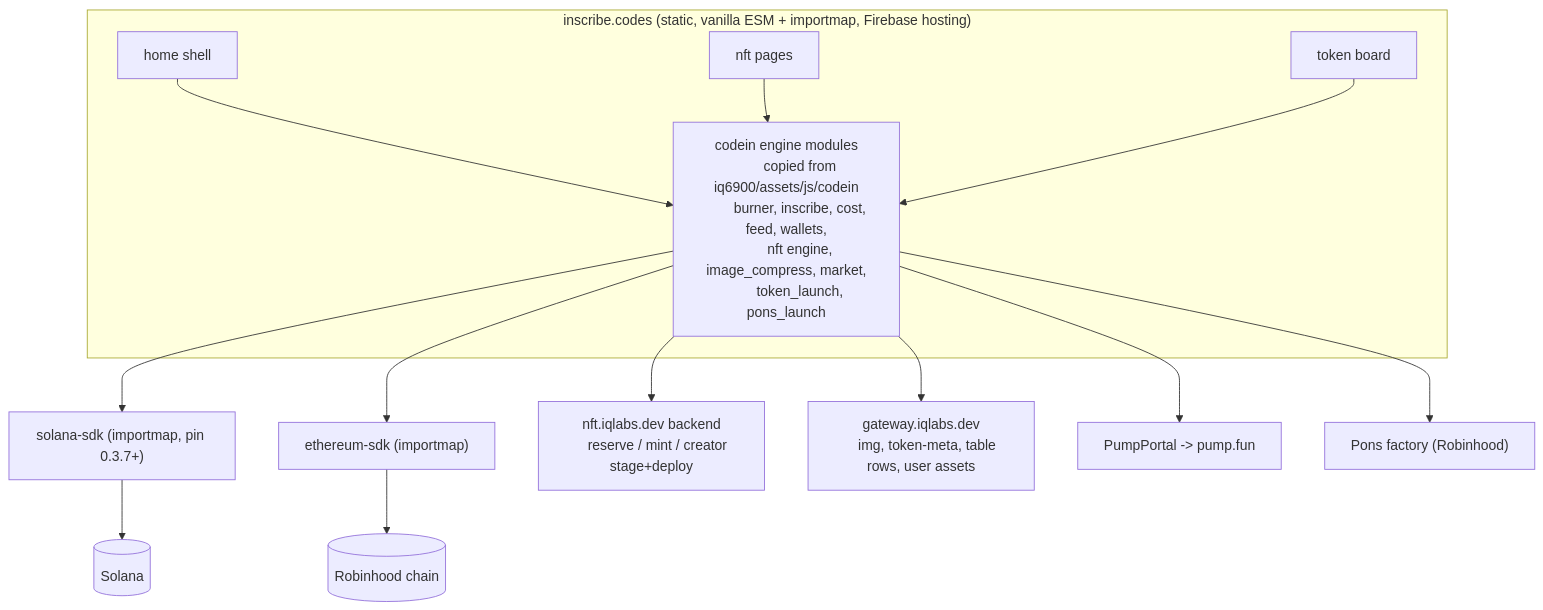
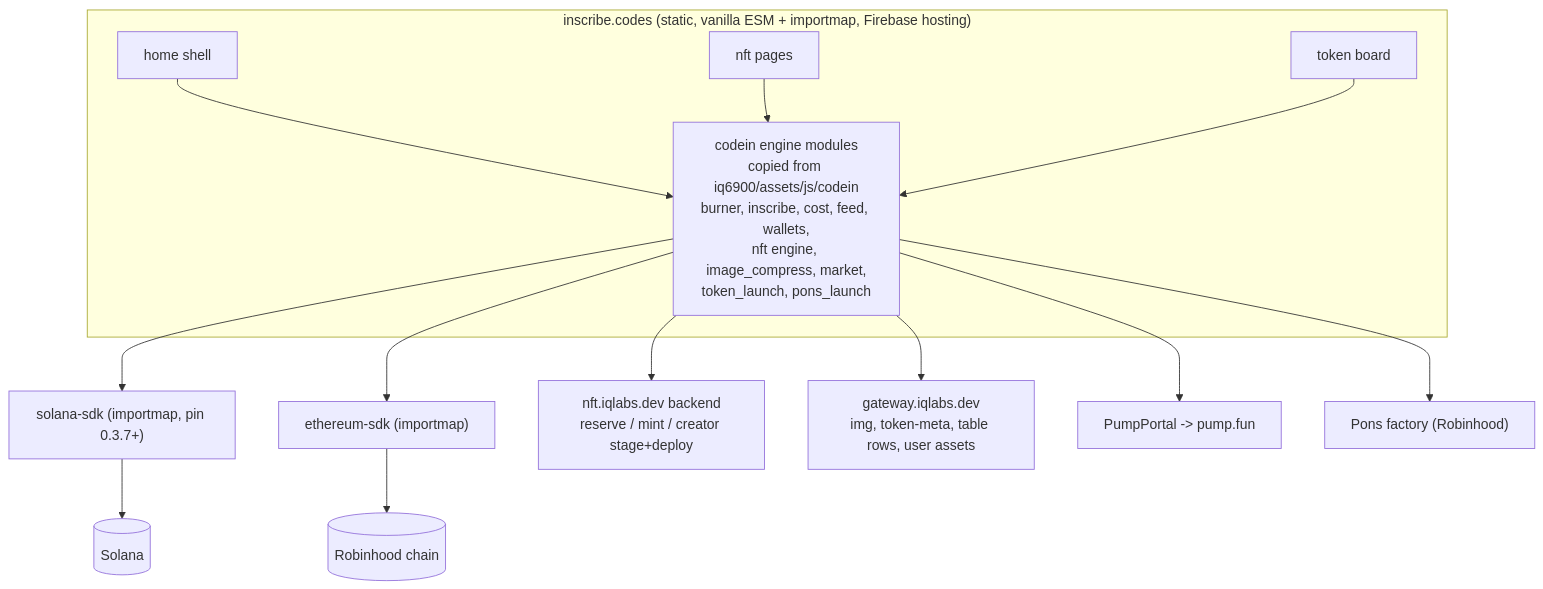
One commit to IQCoreTeam/inscribe-codes changed the second of 2 diagrams in README.md. Above: the diagram before and after it, drawn with Mermaid. The commit also changed other lines of this file, not shown here.

Commit message:
Use br tags in mermaid labels for GitHub rendering

````diff
--- a/README.md
+++ b/README.md
@@ -45,26 +32,20 @@
 ```mermaid
 flowchart TB
     subgraph SITE["inscribe.codes (static, vanilla ESM + importmap, Firebase hosting)"]
         HOMEV[home shell]
         NFTV[nft pages]
         TOKV[token board]
-        ENG["codein engine modules
-        copied from iq6900/assets/js/codein
-        burner, inscribe, cost, feed, wallets,
-        nft engine, image_compress, market,
-        token_launch, pons_launch"]
+        ENG["codein engine modules<br/>copied from iq6900/assets/js/codein<br/>burner, inscribe, cost, feed, wallets,<br/>nft engine, image_compress, market,<br/>token_launch, pons_launch"]
         HOMEV --> ENG
         NFTV --> ENG
         TOKV --> ENG
     end
     ENG --> SSDK["solana-sdk (importmap, pin 0.3.7+)"]
     ENG --> ESDK["ethereum-sdk (importmap)"]
-    ENG --> NFTBE["nft.iqlabs.dev backend
-    reserve / mint / creator stage+deploy"]
-    ENG --> GW["gateway.iqlabs.dev
-    img, token-meta, table rows, user assets"]
+    ENG --> NFTBE["nft.iqlabs.dev backend<br/>reserve / mint / creator stage+deploy"]
+    ENG --> GW["gateway.iqlabs.dev<br/>img, token-meta, table rows, user assets"]
     ENG --> PP["PumpPortal -> pump.fun"]
     ENG --> PONS["Pons factory (Robinhood)"]
     SSDK --> SOL[(Solana)]
     ESDK --> RH[(Robinhood chain)]
 ```
````
